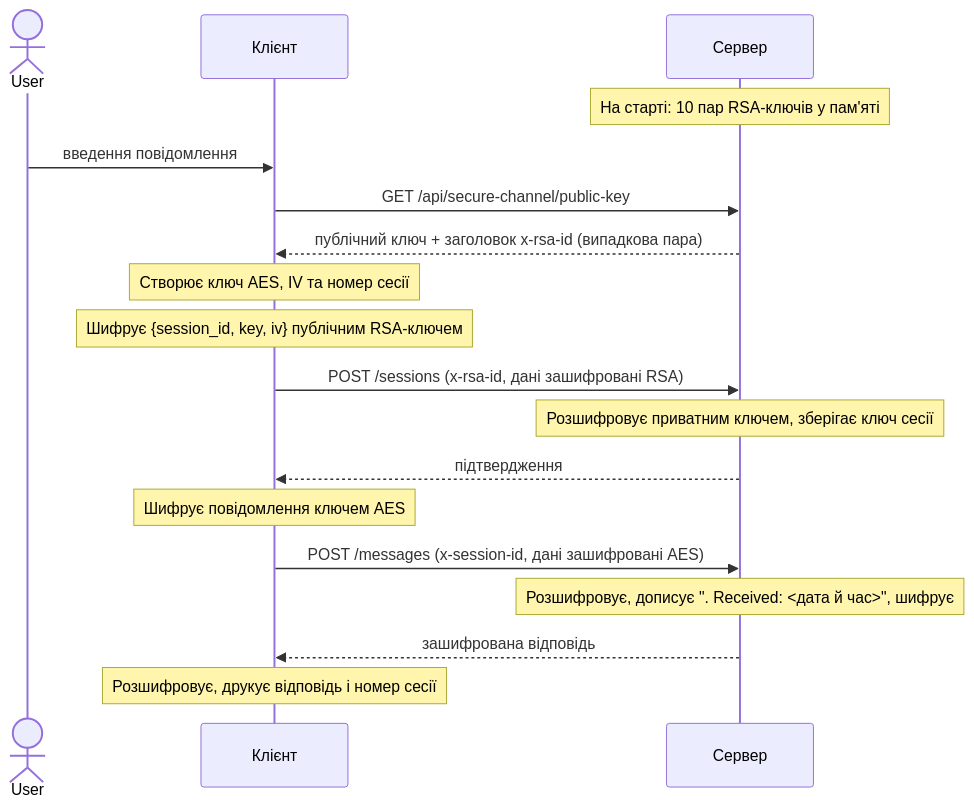
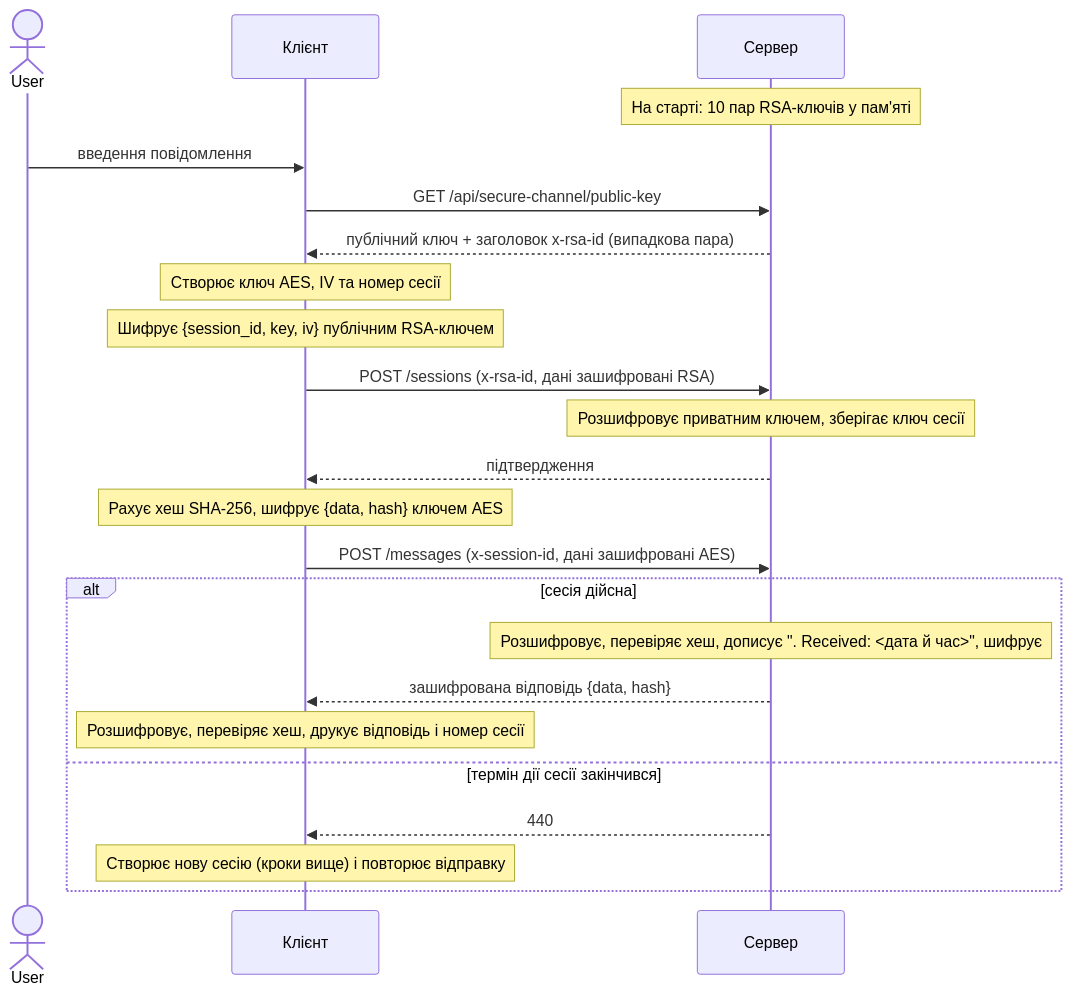
The diagram in README.md (uzenkovad/securechat), drawn with Mermaid before and after one commit. The commit also changed other lines of this file and 19 other files, not shown here.

````diff
--- a/README.md
+++ b/README.md
@@ -82,20 +97,25 @@
 ```mermaid
 sequenceDiagram
     actor User
     participant C as Клієнт
     participant S as Сервер
     Note over S: На старті: 10 пар RSA-ключів у пам'яті
     User->>C: введення повідомлення
     C->>S: GET /api/secure-channel/public-key
     S-->>C: публічний ключ + заголовок x-rsa-id (випадкова пара)
     Note over C: Створює ключ AES, IV та номер сесії
     Note over C: Шифрує {session_id, key, iv} публічним RSA-ключем
     C->>S: POST /sessions (x-rsa-id, дані зашифровані RSA)
     Note over S: Розшифровує приватним ключем, зберігає ключ сесії
     S-->>C: підтвердження
-    Note over C: Шифрує повідомлення ключем AES
+    Note over C: Рахує хеш SHA-256, шифрує {data, hash} ключем AES
     C->>S: POST /messages (x-session-id, дані зашифровані AES)
-    Note over S: Розшифровує, дописує ". Received: <дата й час>", шифрує
-    S-->>C: зашифрована відповідь
-    Note over C: Розшифровує, друкує відповідь і номер сесії
+    alt сесія дійсна
+        Note over S: Розшифровує, перевіряє хеш, дописує ". Received: <дата й час>", шифрує
+        S-->>C: зашифрована відповідь {data, hash}
+        Note over C: Розшифровує, перевіряє хеш, друкує відповідь і номер сесії
+    else термін дії сесії закінчився
+        S-->>C: 440
+        Note over C: Створює нову сесію (кроки вище) і повторює відправку
+    end
 ```
````
